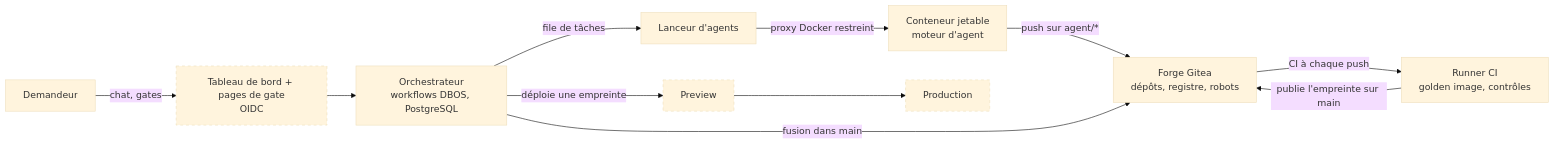
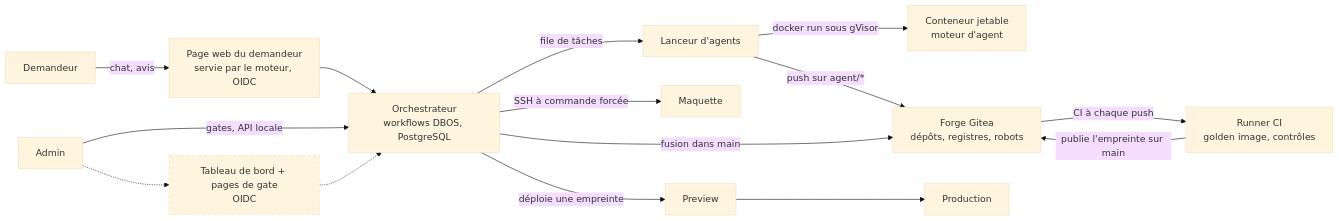
One commit to EupaDev-hq/eupadev changed the diagram in docs/fr/architecture.md. Above: the diagram before and after it, drawn with Mermaid (base theme). The commit also changed other lines of this file and 228 other files, not shown here.

````diff
--- a/docs/fr/architecture.md
+++ b/docs/fr/architecture.md
@@ -36,14 +35,17 @@
 ```mermaid
 flowchart LR
-    R[Demandeur] -->|chat, gates| D[Tableau de bord + pages de gate<br/>OIDC]
-    D --> O[Orchestrateur<br/>workflows DBOS, PostgreSQL]
+    R[Demandeur] -->|chat, avis| W[Page web du demandeur<br/>servie par le moteur, OIDC]
+    W --> O[Orchestrateur<br/>workflows DBOS, PostgreSQL]
+    A[Admin] -->|gates, API locale| O
+    A -.-> D[Tableau de bord + pages de gate<br/>OIDC] -.-> O
     O -->|file de tâches| L[Lanceur d'agents]
-    L -->|proxy Docker restreint| C[Conteneur jetable<br/>moteur d'agent]
-    C -->|push sur agent/*| G[Forge Gitea<br/>dépôts, registre, robots]
+    L -->|docker run sous gVisor| C[Conteneur jetable<br/>moteur d'agent]
+    L -->|push sur agent/*| G[Forge Gitea<br/>dépôts, registres, robots]
     O -->|fusion dans main| G
     G -->|CI à chaque push| CI[Runner CI<br/>golden image, contrôles]
     CI -->|publie l'empreinte sur main| G
+    O -->|SSH à commande forcée| M[Maquette]
     O -->|déploie une empreinte| P[Preview] --> Prod[Production]
     classDef todo stroke-dasharray: 5 5
-    class D,P,Prod todo
+    class D todo
 ```
````
